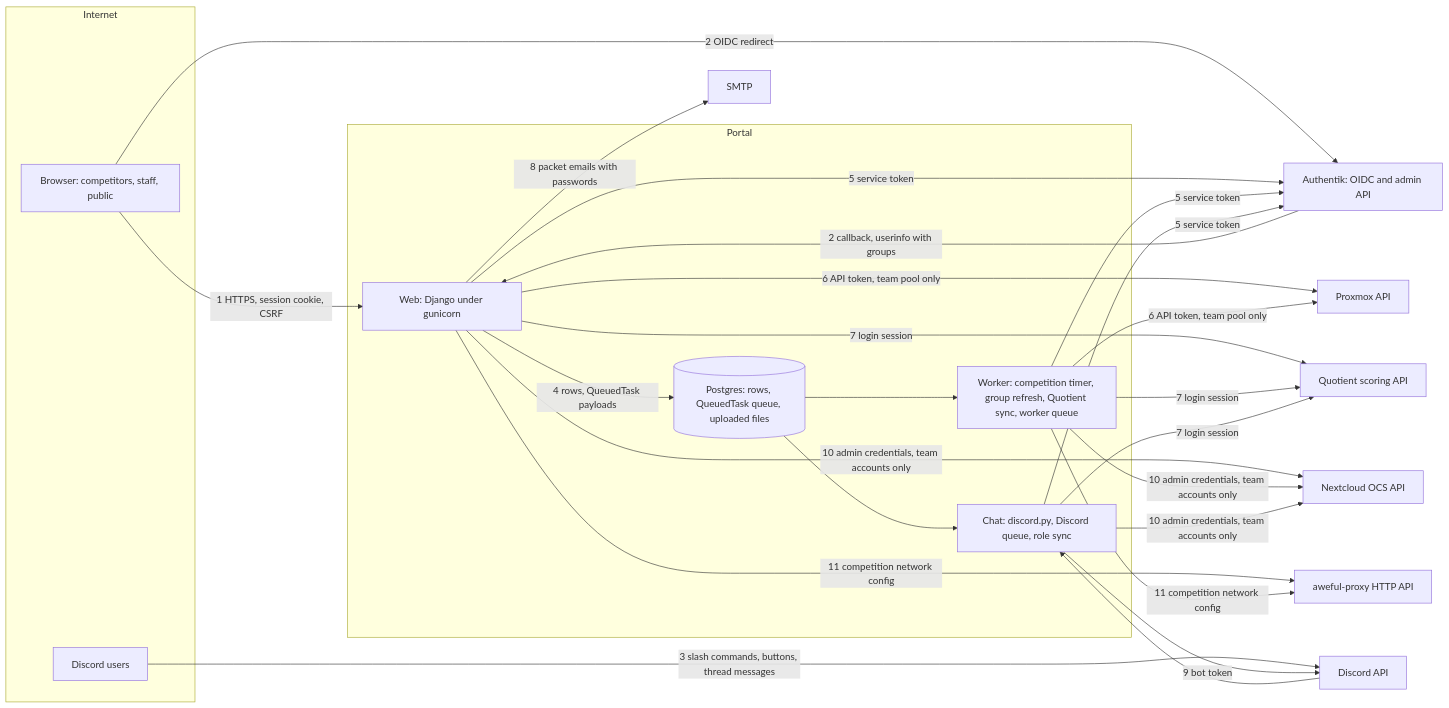
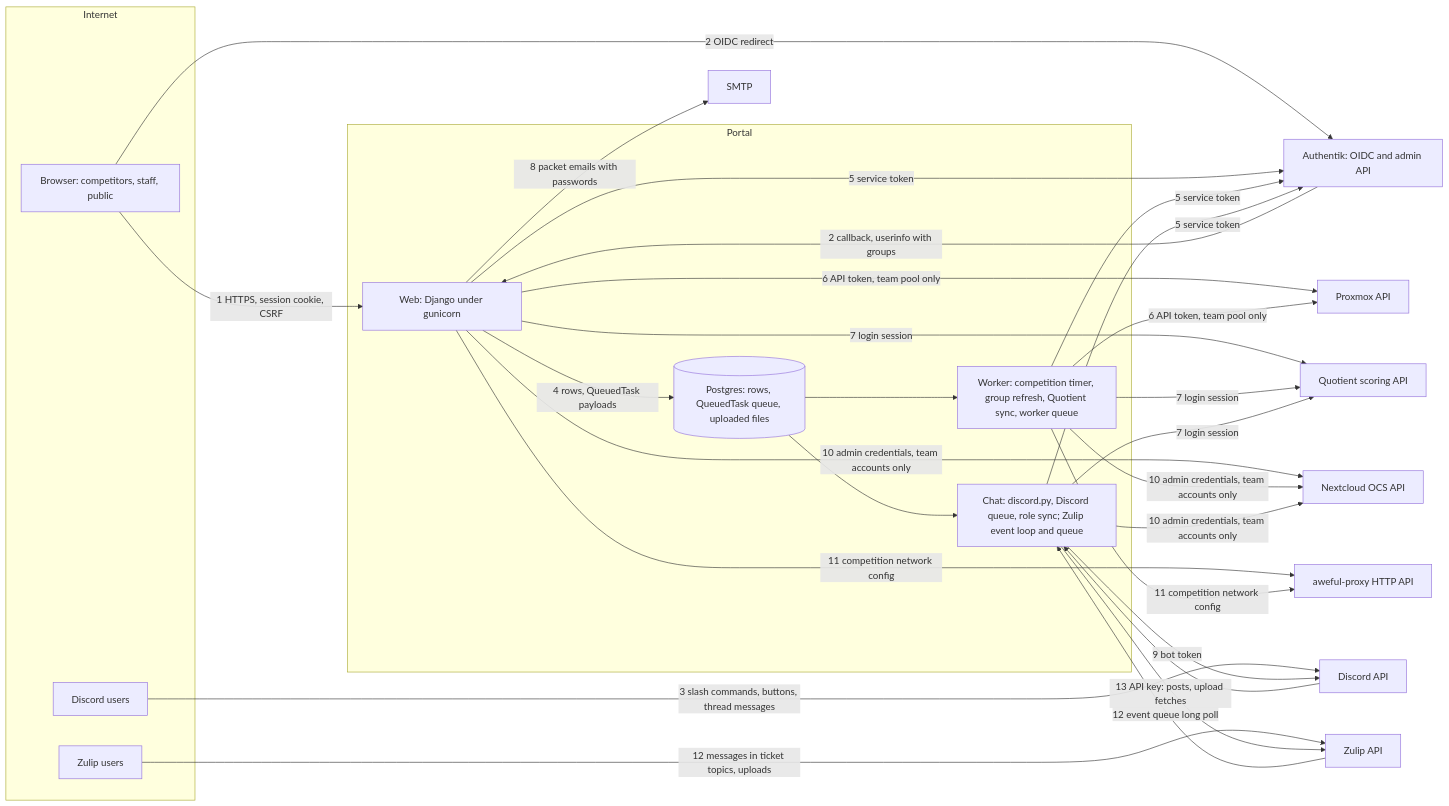
One commit to wccomps/wccomps-portal changed the diagram in THREAT_MODEL.md. Above: the diagram before and after it, drawn with Mermaid. The commit also changed other lines of this file and 51 other files, not shown here.

First line of the commit message:
Add Zulip as a chat backend (#322)

````diff
--- a/THREAT_MODEL.md
+++ b/THREAT_MODEL.md
@@ -50,33 +56,38 @@
 ```mermaid
 flowchart LR
     subgraph Internet
         B[Browser: competitors, staff, public]
         D[Discord users]
+        U[Zulip users]
     end
     subgraph Portal
         W[Web: Django under gunicorn]
         Q[(Postgres: rows, QueuedTask queue, uploaded files)]
         K[Worker: competition timer, group refresh, Quotient sync, worker queue]
-        C[Chat: discord.py, Discord queue, role sync]
+        C[Chat: discord.py, Discord queue, role sync; Zulip event loop and queue]
     end
     A[Authentik: OIDC and admin API]
     P[Proxmox API]
     S[Quotient scoring API]
     N[Nextcloud OCS API]
     X[aweful-proxy HTTP API]
     M[SMTP]
     G[Discord API]
+    Z[Zulip API]
     B -- "1 HTTPS, session cookie, CSRF" --> W
     B -- "2 OIDC redirect" --> A
     A -- "2 callback, userinfo with groups" --> W
     D -- "3 slash commands, buttons, thread messages" --> G --> C
     W -- "4 rows, QueuedTask payloads" --> Q
     Q --> K & C
     W & K & C -- "5 service token" --> A
     W & K -- "6 API token, team pool only" --> P
     W & K & C -- "7 login session" --> S
     W -- "8 packet emails with passwords" --> M
     C -- "9 bot token" --> G
     W & K & C -- "10 admin credentials, team accounts only" --> N
     W & K -- "11 competition network config" --> X
+    U -- "12 messages in ticket topics, uploads" --> Z
+    Z -- "12 event queue long poll" --> C
+    C -- "13 API key: posts, upload fetches" --> Z
 ```
````
